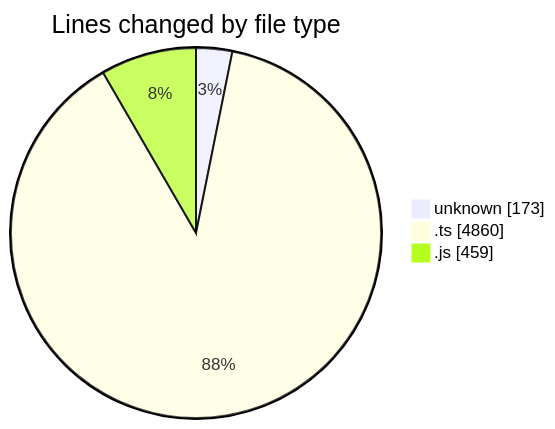
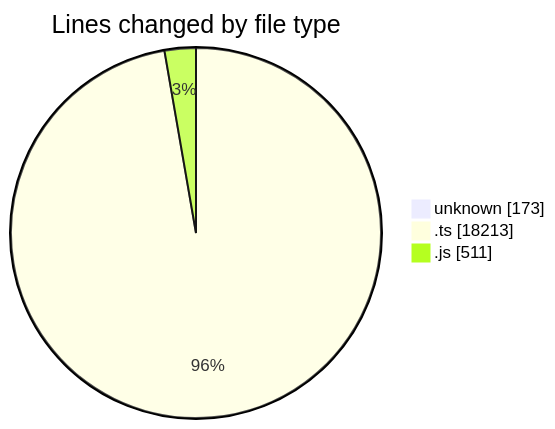
The first of 2 diagrams in 2026-08-24/cda/README.md (momahboobian/code-tracking), drawn with Mermaid before and after one commit. The commit also changed other lines of this file and 1 other file, not shown here.

````diff
--- a/2026-08-24/cda/README.md
+++ b/2026-08-24/cda/README.md
@@ -30,7 +31,7 @@
 ```mermaid
 pie showData
 title Lines changed by file type
 "unknown" : 173
-".ts" : 4860
-".js" : 459
+".ts" : 18213
+".js" : 511
 ```
````
